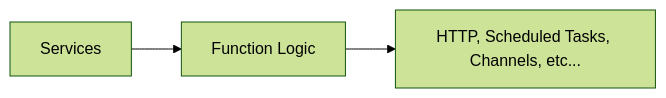
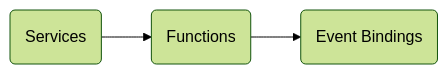
The second of 5 diagrams in docs/concepts/index.md (pikkujs/website), drawn with Mermaid (forest theme) before and after one commit. The commit also changed other lines of this file and 15 other files, not shown here.

Commit message:
improving documentation and adding graphs

````diff
--- a/docs/concepts/index.md
+++ b/docs/concepts/index.md
@@ -101,7 +73,7 @@
 ```mermaid
-graph LR
-  Functions[Function Logic]
-  Bindings[HTTP, Scheduled Tasks, Channels, etc...]
-  Services[Services]
-Services --> Functions --> Bindings
+flowchart LR
+  Services(Services)
+  Functions(Functions)
+  Bindings(Event Bindings)
+  Services --> Functions --> Bindings
 ```
````
